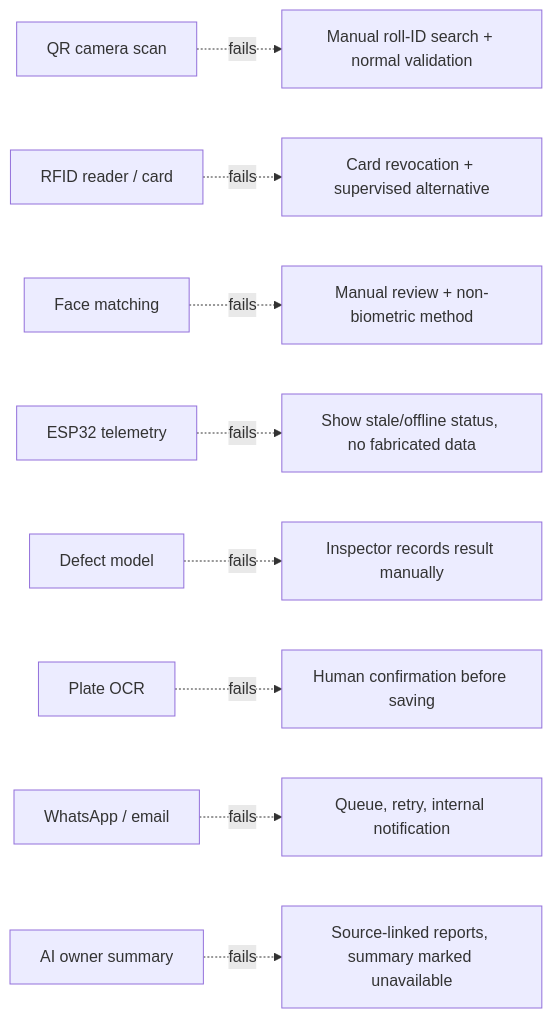
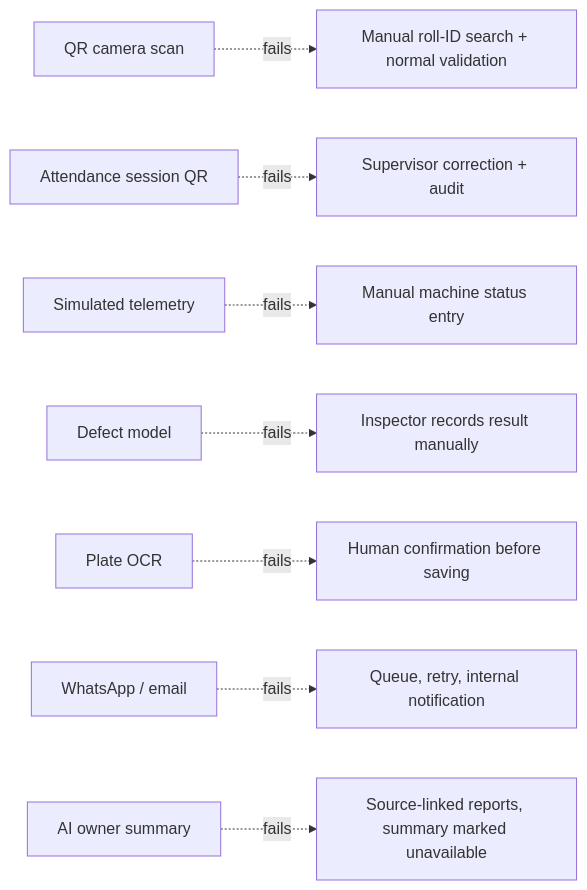
One commit to Shreya1083/TextileManagement changed diagram 16 of 19 in README.md. Above: the diagram before and after it, drawn with Mermaid. The commit also changed other lines of this file and 3 other files, not shown here.

````diff
--- a/README.md
+++ b/README.md
@@ -1564,11 +1563,10 @@
 ```mermaid
 flowchart LR
     QRc["QR camera scan"] -. fails .-> QRf["Manual roll-ID search + normal validation"]
-    RF["RFID reader / card"] -. fails .-> RFf["Card revocation + supervised alternative"]
-    FM["Face matching"] -. fails .-> FMf["Manual review + non-biometric method"]
-    ESP["ESP32 telemetry"] -. fails .-> ESPf["Show stale/offline status, no fabricated data"]
+    ATT["Attendance session QR"] -. fails .-> ATTf["Supervisor correction + audit"]
+    SIM["Simulated telemetry"] -. fails .-> SIMf["Manual machine status entry"]
     AI["Defect model"] -. fails .-> AIf["Inspector records result manually"]
     OCR["Plate OCR"] -. fails .-> OCRf["Human confirmation before saving"]
     MSG["WhatsApp / email"] -. fails .-> MSGf["Queue, retry, internal notification"]
     SUM["AI owner summary"] -. fails .-> SUMf["Source-linked reports, summary marked unavailable"]
 ```
````
